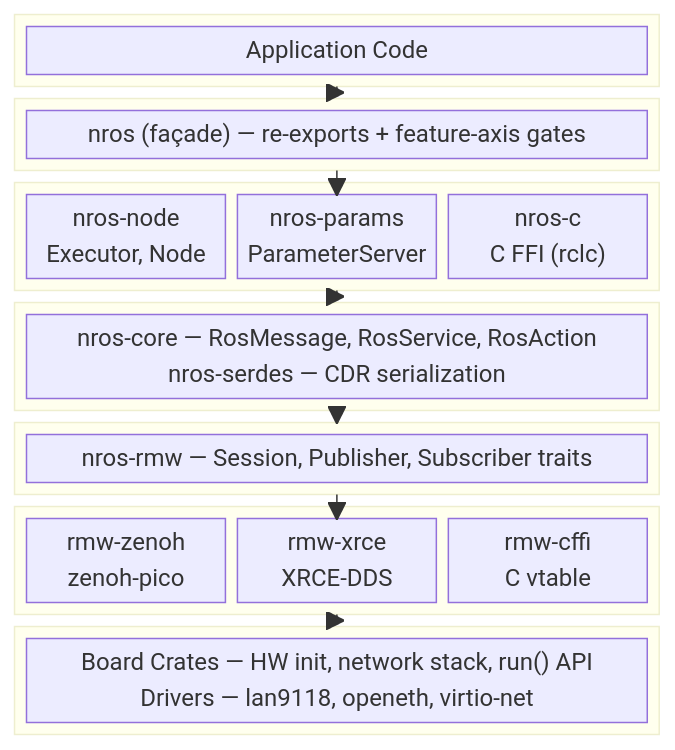
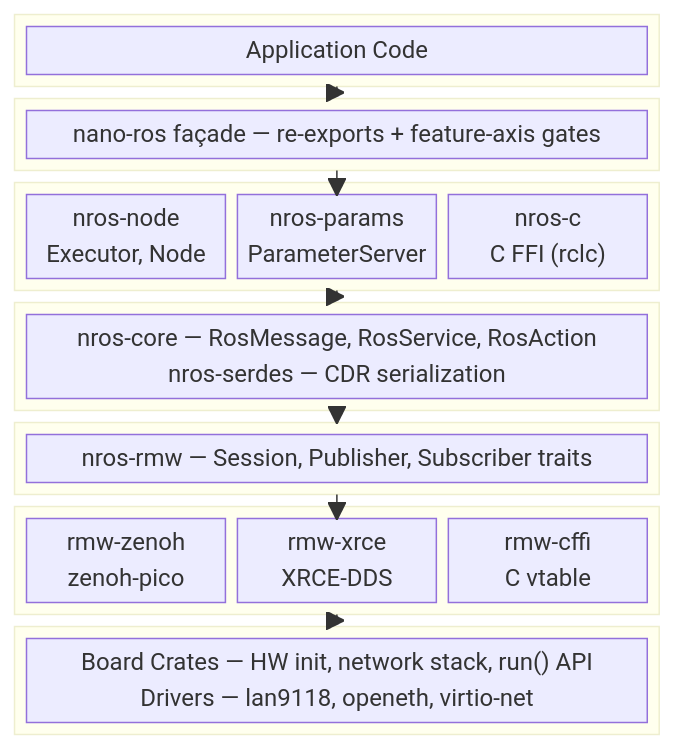
Before and after one commit to NEWSLabNTU/nano-ros: diagram 15 of 15 in docs/design/architecture-overview.md, drawn with Mermaid. The commit also changed other lines of this file and 5 other files, not shown here.

Commit message:
Rename "nros" to "nano-ros" in docs

````diff
--- a/docs/design/architecture-overview.md
+++ b/docs/design/architecture-overview.md
@@ -652,43 +652,43 @@
 ```mermaid
 block-beta
   columns 3
 
   block:row1:3
     A1["Application Code"]
   end
 
   block:row2:3
-    B1["nros (façade) — re-exports + feature-axis gates"]
+    B1["nano-ros façade — re-exports + feature-axis gates"]
   end
 
   block:row3:3
     C1["nros-node\nExecutor, Node"]
     C2["nros-params\nParameterServer"]
     C3["nros-c\nC FFI (rclc)"]
   end
 
   block:row4:3
     D1["nros-core — RosMessage, RosService, RosAction\nnros-serdes — CDR serialization"]
   end
 
   block:row5:3
     E1["nros-rmw — Session, Publisher, Subscriber traits"]
   end
 
   block:row6:3
     F1["rmw-zenoh\nzenoh-pico"]
     F2["rmw-xrce\nXRCE-DDS"]
     F3["rmw-cffi\nC vtable"]
   end
 
   block:row7:3
     G1["Board Crates — HW init, network stack, run() API\nDrivers — lan9118, openeth, virtio-net"]
   end
 
   row1 --> row2
   row2 --> row3
   row3 --> row4
   row4 --> row5
   row5 --> row6
   row6 --> row7
 ```
````
